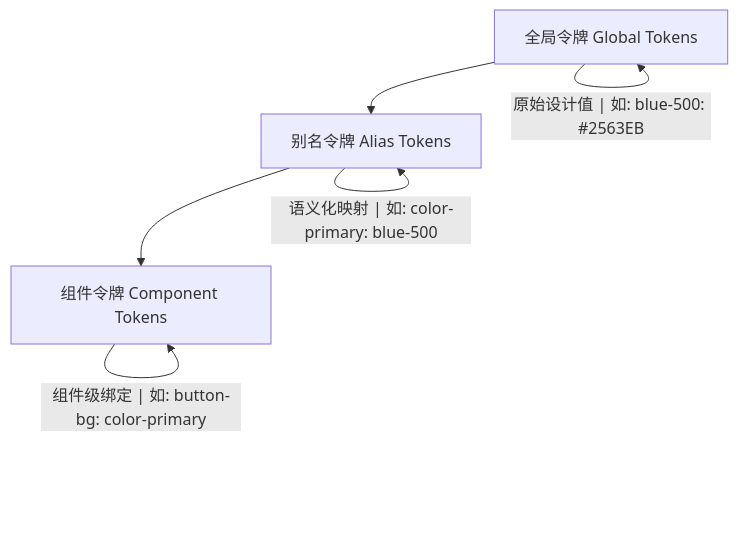
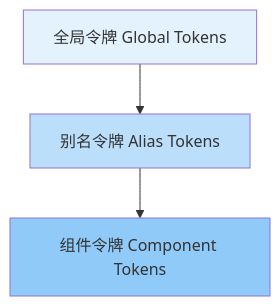
Before and after one commit to matthewhemhgz-dev/matthewhemhgz-dev.github.io: the second of 2 diagrams in src/data/blog/zh/design-tokens-system-guide.md, drawn with Mermaid. The commit also changed 8 other files, not shown here.

````diff
--- a/src/data/blog/zh/design-tokens-system-guide.md
+++ b/src/data/blog/zh/design-tokens-system-guide.md
@@ -99,9 +99,9 @@
 ```mermaid
 graph TD
     A[全局令牌 Global Tokens] --> B[别名令牌 Alias Tokens]
     B --> C[组件令牌 Component Tokens]
 
-    A -- "原始设计值 | 如: blue-500: #2563EB" --> A
-    B -- "语义化映射 | 如: color-primary: blue-500" --> B
-    C -- "组件级绑定 | 如: button-bg: color-primary" --> C
+    style A fill:#e3f2fd
+    style B fill:#bbdefb
+    style C fill:#90caf9
 ```
````
